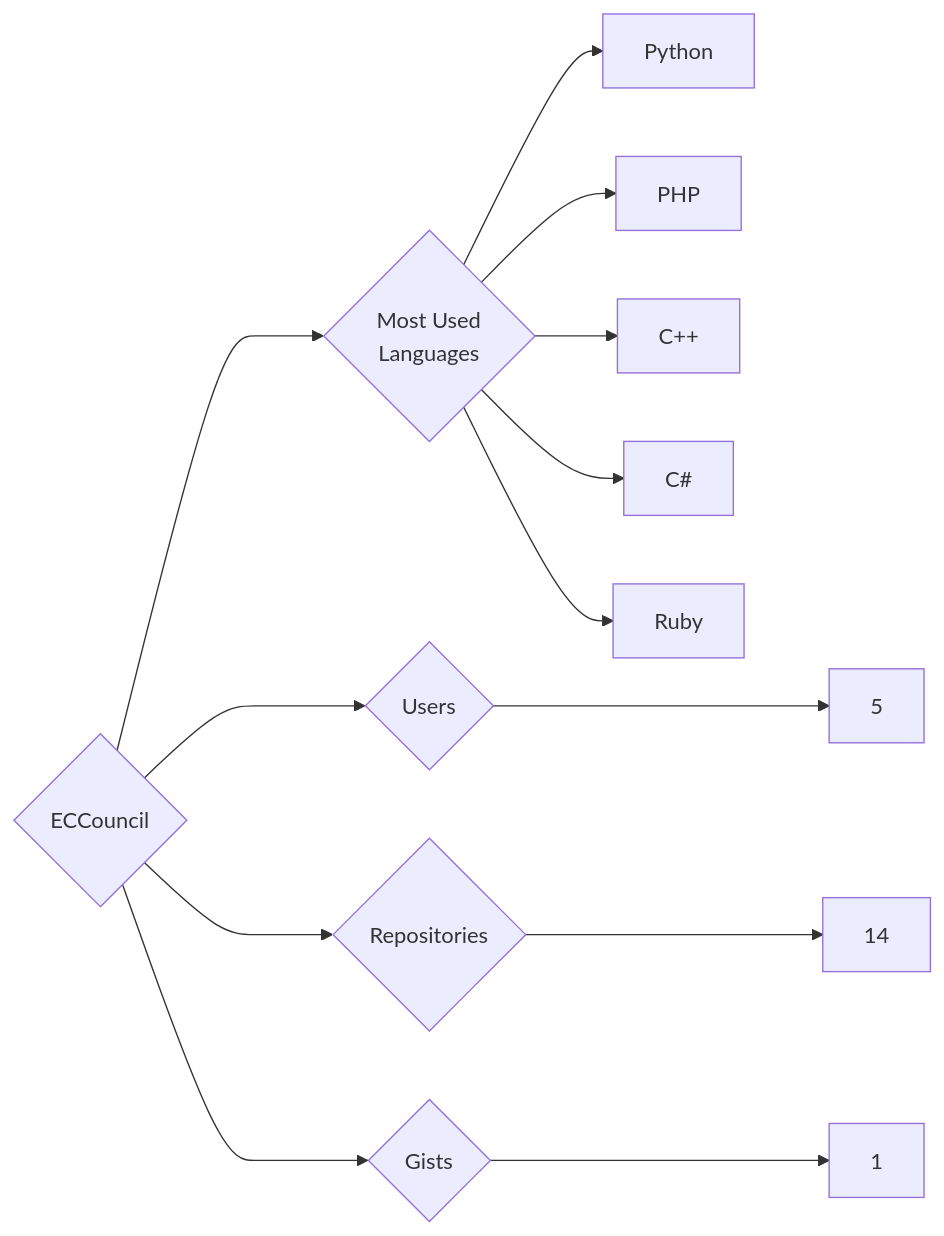
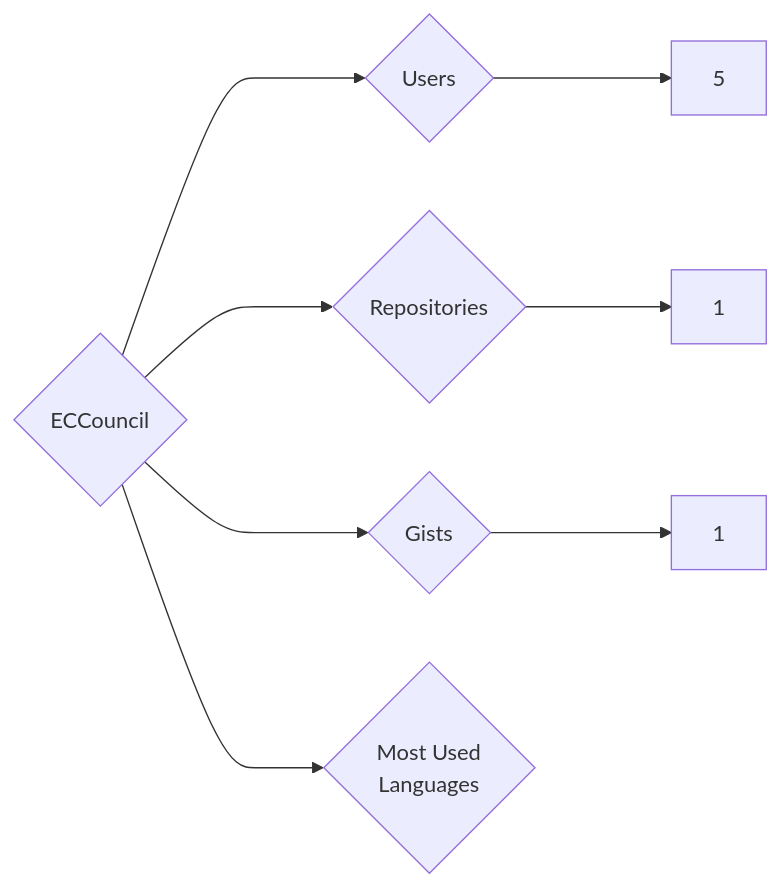
The diagram in targets/ECCouncil/README.md (trickest/insiders), drawn with Mermaid before and after one commit. The commit also changed 1030 other files, not shown here.

````diff
--- a/targets/ECCouncil/README.md
+++ b/targets/ECCouncil/README.md
@@ -3,13 +3,8 @@
 ```mermaid
 graph LR
 COMPANY_NAME{ECCouncil}
 COMPANY_NAME ---> U{Users} ---> UN[5]
-COMPANY_NAME ---> R{Repositories} ---> RN[14]
+COMPANY_NAME ---> R{Repositories} ---> RN[1]
 COMPANY_NAME ---> G{Gists} ---> GN[1]
 COMPANY_NAME ---> ML{Most Used<br>Languages}
-ML --> Python[Python]
-ML --> PHP[PHP]
-ML --> C++[C++]
-ML --> C#[C#]
-ML --> Ruby[Ruby]
 ```
````
